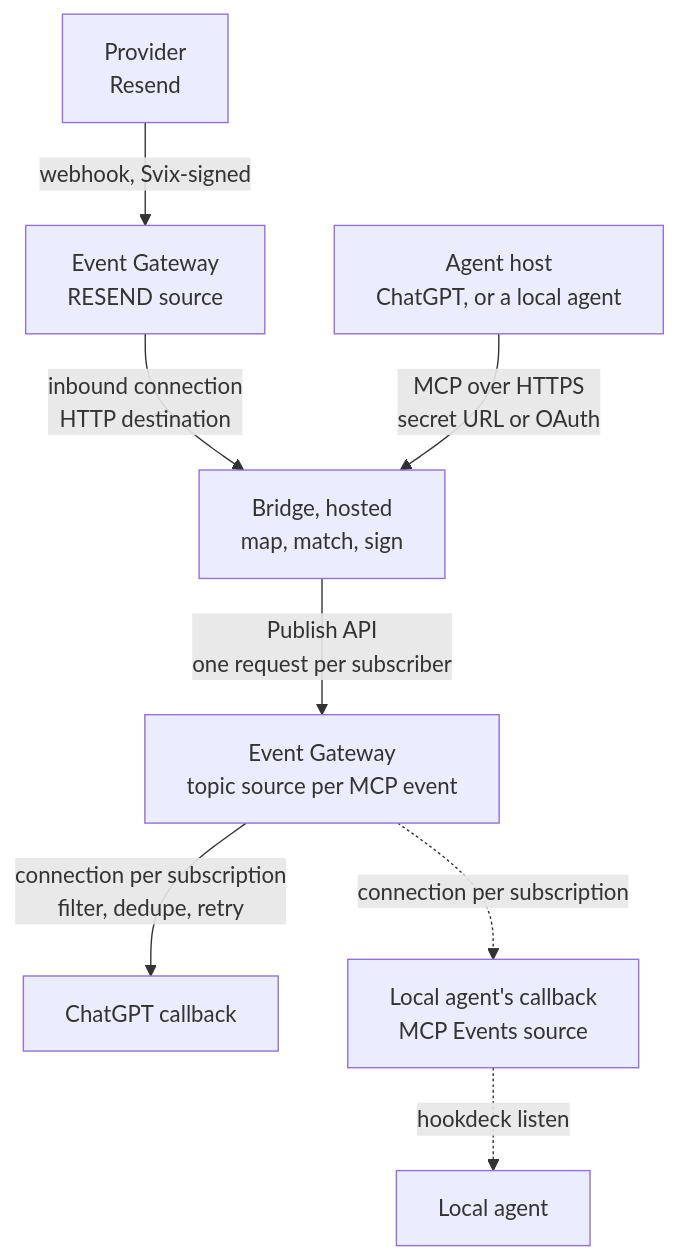
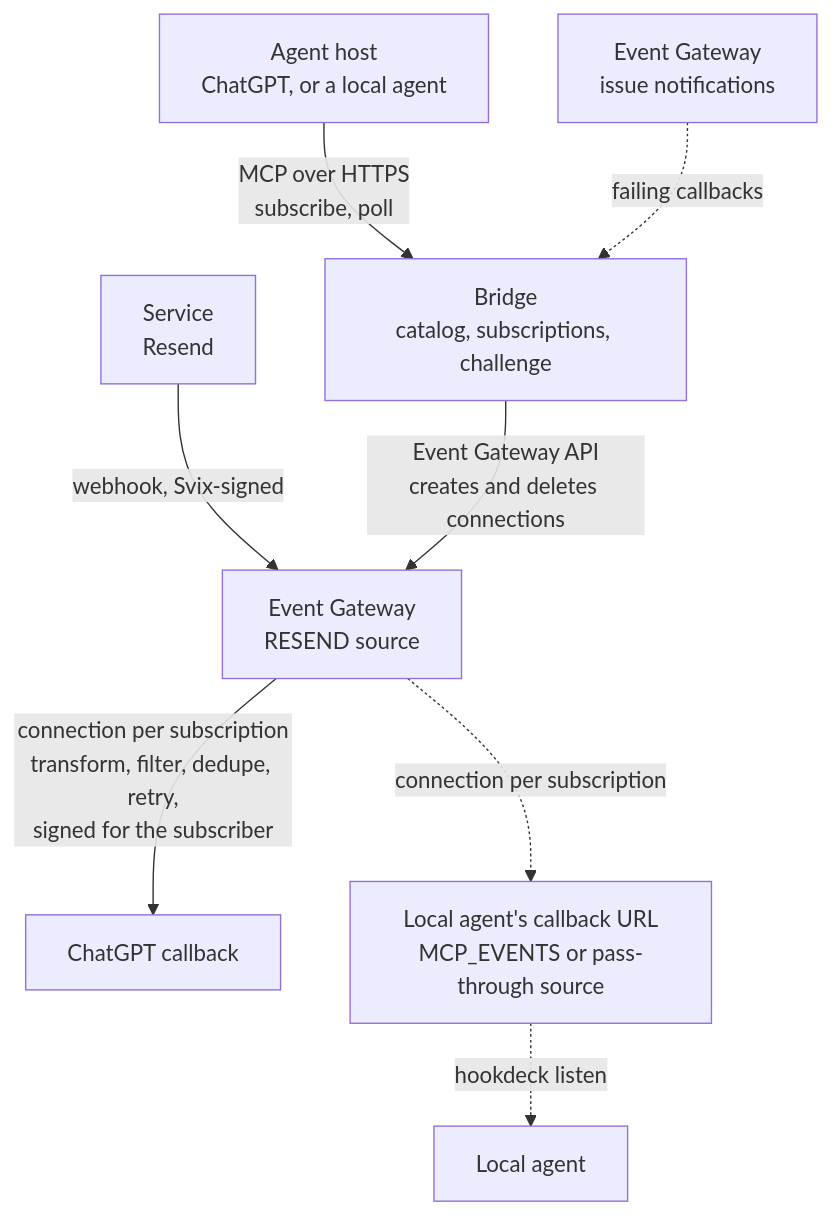
The diagram in docs/ARCHITECTURE.md (hookdeck/mcp-events-bridge), drawn with Mermaid before and after one commit. The commit also changed other lines of this file and 23 other files, not shown here.

First line of the commit message:
docs: 0.8.0, Event Gateway delivers; upgrading from 0.7; verification

````diff
--- a/docs/ARCHITECTURE.md
+++ b/docs/ARCHITECTURE.md
@@ -69,10 +69,10 @@
 ```mermaid
 flowchart TB
-    P["Provider<br>Resend"] -- "webhook, Svix-signed" --> SRC["Event Gateway<br>RESEND source"]
-    SRC -- "inbound connection<br>HTTP destination" --> B["Bridge, hosted<br>map, match, sign"]
-    B -- "Publish API<br>one request per subscriber" --> T["Event Gateway<br>topic source per MCP event"]
-    T -- "connection per subscription<br>filter, dedupe, retry" --> CG["ChatGPT callback"]
-    T -. "connection per subscription" .-> HS["Local agent's callback<br>MCP Events source"]
+    S["Service<br>Resend"] -- "webhook, Svix-signed" --> SRC["Event Gateway<br>RESEND source"]
+    SRC -- "connection per subscription<br>transform, filter, dedupe, retry,<br>signed for the subscriber" --> CG["ChatGPT callback"]
+    SRC -. "connection per subscription" .-> HS["Local agent's callback URL<br>MCP_EVENTS or pass-through source"]
     HS -. "hookdeck listen" .-> LA["Local agent"]
-    AG["Agent host<br>ChatGPT, or a local agent"] -- "MCP over HTTPS<br>secret URL or OAuth" --> B
+    AG["Agent host<br>ChatGPT, or a local agent"] -- "MCP over HTTPS<br>subscribe, poll" --> B["Bridge<br>catalog, subscriptions, challenge"]
+    B -- "Event Gateway API<br>creates and deletes connections" --> SRC
+    N["Event Gateway<br>issue notifications"] -. "failing callbacks" .-> B
 ```
````
